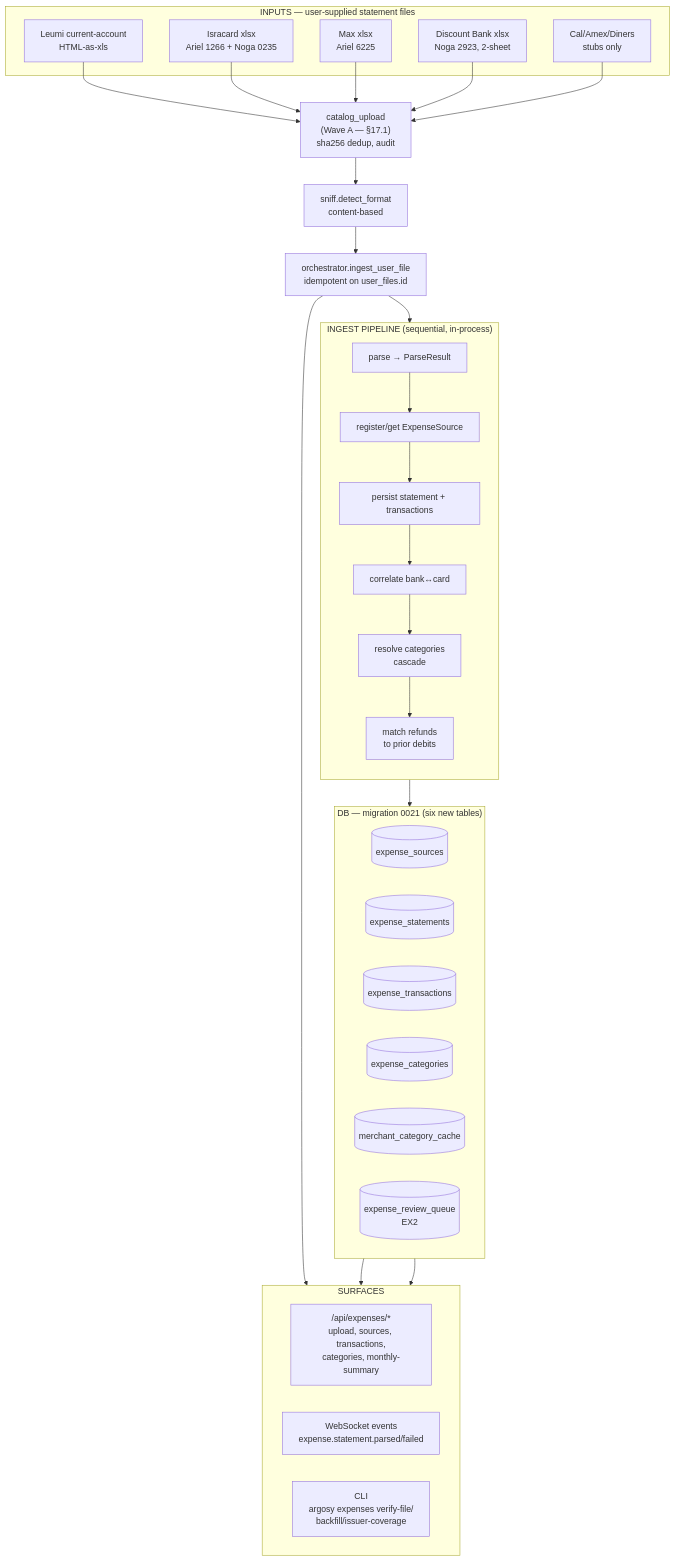
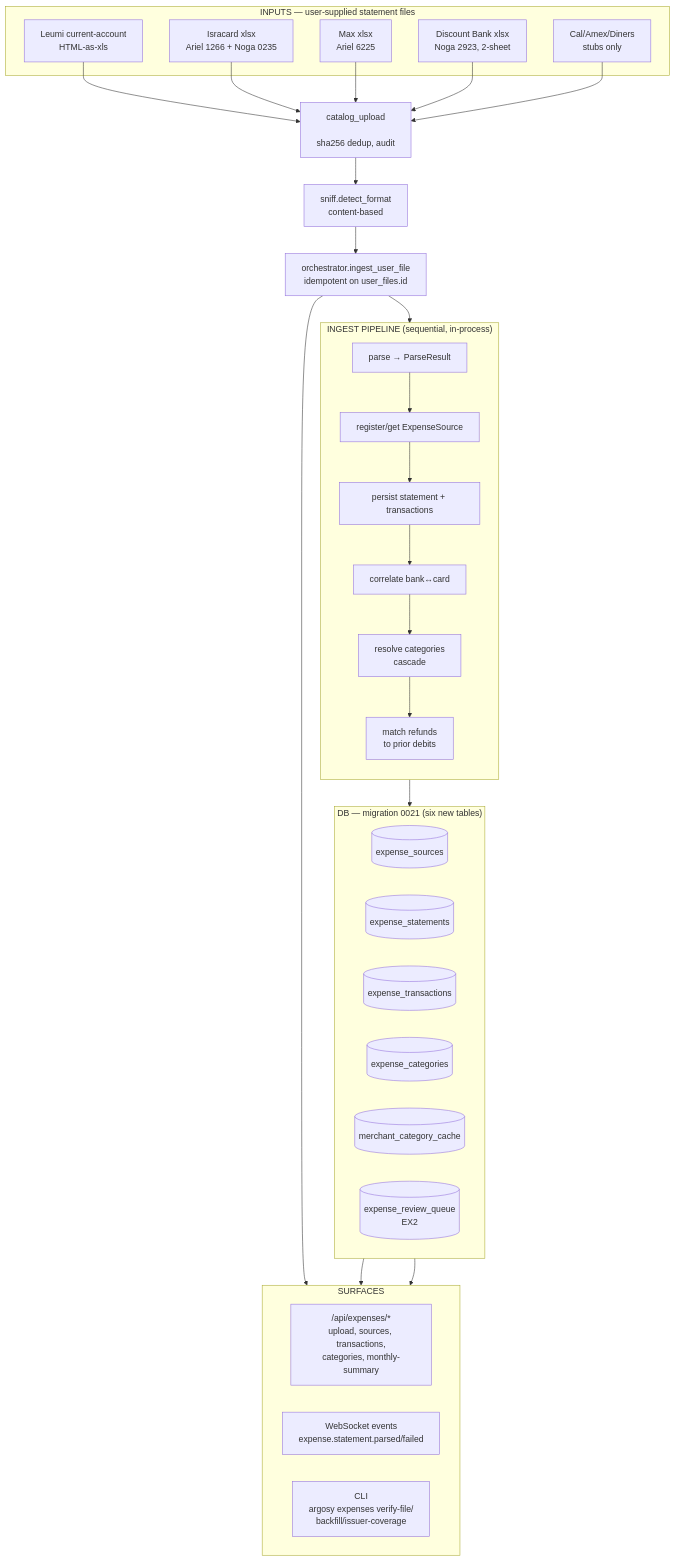
Before and after one commit to tanffn/argosy: the seventh of 13 diagrams in docs/design/SDD.md, drawn with Mermaid. The commit also changed other lines of this file, not shown here.

````diff
--- a/docs/design/SDD.md
+++ b/docs/design/SDD.md
@@ -2689,54 +2659,54 @@
 ```mermaid
 flowchart TB
-  subgraph Inputs["INPUTS — user-supplied statement files"]
-    F1[Leumi current-account<br/>HTML-as-xls]
-    F2[Isracard xlsx<br/>Ariel 1266 + Noga 0235]
-    F3[Max xlsx<br/>Ariel 6225]
-    F4[Discount Bank xlsx<br/>Noga 2923, 2-sheet]
-    F5[Cal/Amex/Diners<br/>stubs only]
-  end
+ subgraph Inputs["INPUTS — user-supplied statement files"]
+ F1[Leumi current-account<br/>HTML-as-xls]
+ F2[Isracard xlsx<br/>Ariel 1266 + Noga 0235]
+ F3[Max xlsx<br/>Ariel 6225]
+ F4[Discount Bank xlsx<br/>Noga 2923, 2-sheet]
+ F5[Cal/Amex/Diners<br/>stubs only]
+ end
 
-  CAT["catalog_upload<br/>(Wave A — §17.1)<br/>sha256 dedup, audit"]
-  SNIFF["sniff.detect_format<br/>content-based"]
-  ORCH["orchestrator.ingest_user_file<br/>idempotent on user_files.id"]
+ CAT["catalog_upload<br/><br/>sha256 dedup, audit"]
+ SNIFF["sniff.detect_format<br/>content-based"]
+ ORCH["orchestrator.ingest_user_file<br/>idempotent on user_files.id"]
 
-  F1 --> CAT
-  F2 --> CAT
-  F3 --> CAT
-  F4 --> CAT
-  F5 --> CAT
-  CAT --> SNIFF
-  SNIFF --> ORCH
+ F1 --> CAT
+ F2 --> CAT
+ F3 --> CAT
+ F4 --> CAT
+ F5 --> CAT
+ CAT --> SNIFF
+ SNIFF --> ORCH
 
-  subgraph Pipeline["INGEST PIPELINE (sequential, in-process)"]
-    direction TB
-    P1[parse → ParseResult]
-    P2[register/get ExpenseSource]
-    P3[persist statement + transactions]
-    P4[correlate bank↔card]
-    P5[resolve categories<br/>cascade]
-    P6[match refunds<br/>to prior debits]
-    P1 --> P2 --> P3 --> P4 --> P5 --> P6
-  end
-  ORCH --> Pipeline
+ subgraph Pipeline["INGEST PIPELINE (sequential, in-process)"]
+ direction TB
+ P1[parse → ParseResult]
+ P2[register/get ExpenseSource]
+ P3[persist statement + transactions]
+ P4[correlate bank↔card]
+ P5[resolve categories<br/>cascade]
+ P6[match refunds<br/>to prior debits]
+ P1 --> P2 --> P3 --> P4 --> P5 --> P6
+ end
+ ORCH --> Pipeline
 
-  subgraph DB["DB — migration 0021 (six new tables)"]
-    T1[(expense_sources)]
-    T2[(expense_statements)]
-    T3[(expense_transactions)]
-    T4[(expense_categories)]
-    T5[(merchant_category_cache)]
-    T6[(expense_review_queue<br/>EX2)]
-  end
-  Pipeline --> DB
+ subgraph DB["DB — migration 0021 (six new tables)"]
+ T1[(expense_sources)]
+ T2[(expense_statements)]
+ T3[(expense_transactions)]
+ T4[(expense_categories)]
+ T5[(merchant_category_cache)]
+ T6[(expense_review_queue<br/>EX2)]
+ end
+ Pipeline --> DB
 
-  subgraph Surfaces["SURFACES"]
-    direction LR
-    R["/api/expenses/*<br/>upload, sources, transactions,<br/>categories, monthly-summary"]
-    W[WebSocket events<br/>expense.statement.parsed/failed]
-    C[CLI<br/>argosy expenses verify-file/<br/>backfill/issuer-coverage]
-  end
-  DB --> R
-  DB --> C
-  ORCH --> W
+ subgraph Surfaces["SURFACES"]
+ direction LR
+ R["/api/expenses/*<br/>upload, sources, transactions,<br/>categories, monthly-summary"]
+ W[WebSocket events<br/>expense.statement.parsed/failed]
+ C[CLI<br/>argosy expenses verify-file/<br/>backfill/issuer-coverage]
+ end
+ DB --> R
+ DB --> C
+ ORCH --> W
 ```
````
